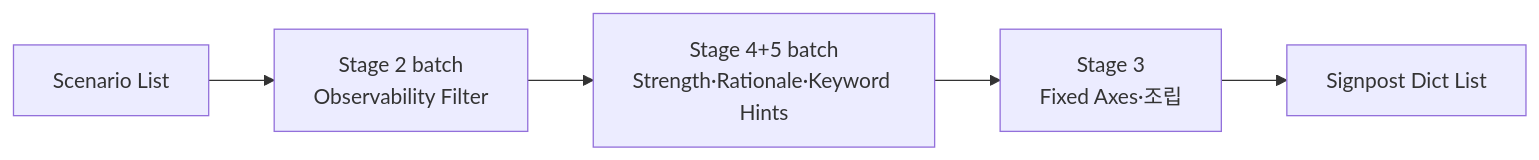
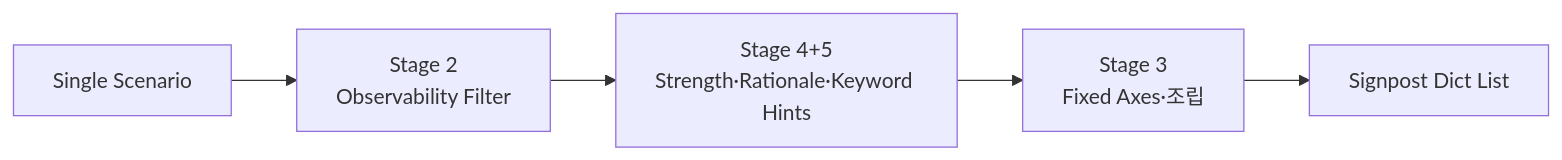
The sixth of 8 diagrams in docs/architectures/scenario_group_agent_flow_pipeline.md (enkhbaatarL/skmip-mi-agent), drawn with Mermaid before and after one commit. The commit also changed other lines of this file and 6 other files, not shown here.

````diff
--- a/docs/architectures/scenario_group_agent_flow_pipeline.md
+++ b/docs/architectures/scenario_group_agent_flow_pipeline.md
@@ -348,7 +347,7 @@
 ```mermaid
 flowchart LR
-    A[Scenario List] --> B[Stage 2 batch<br/>Observability Filter]
-    B --> C[Stage 4+5 batch<br/>Strength·Rationale·Keyword Hints]
+    A[Single Scenario] --> B[Stage 2<br/>Observability Filter]
+    B --> C[Stage 4+5<br/>Strength·Rationale·Keyword Hints]
     C --> D[Stage 3<br/>Fixed Axes·조립]
     D --> E[Signpost Dict List]
 ```
````
